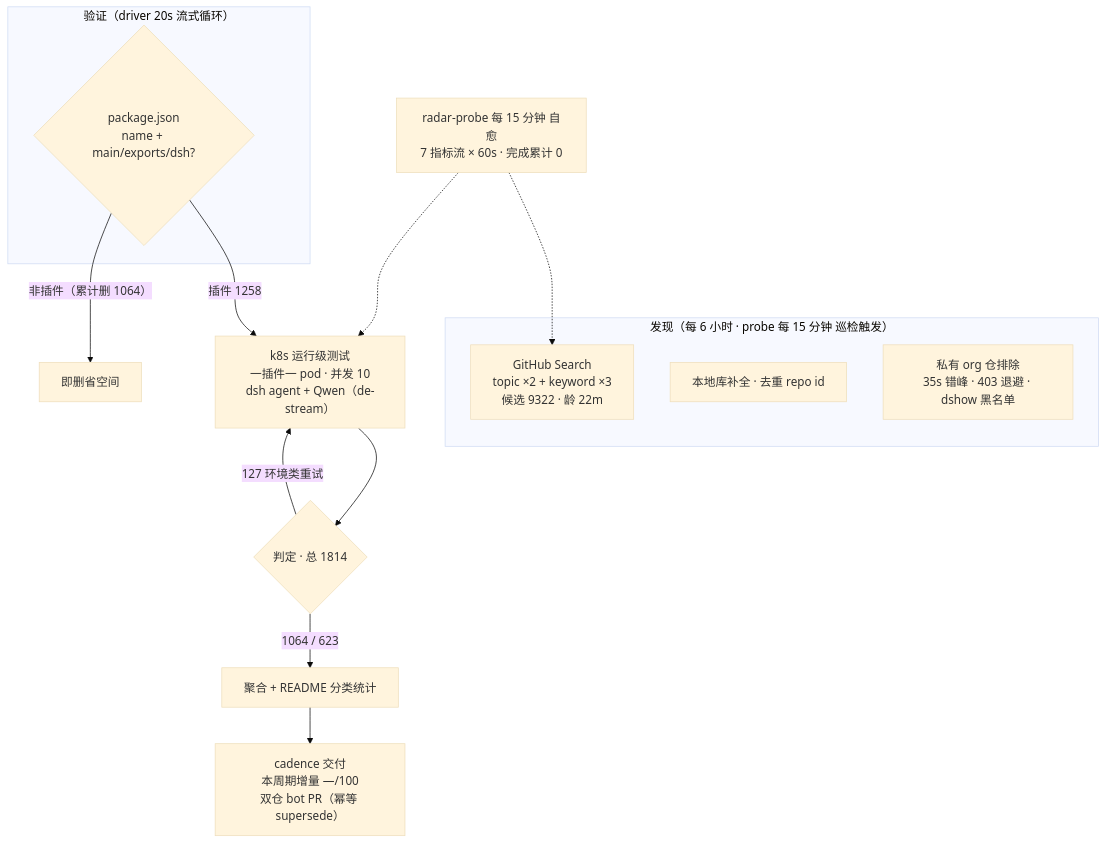
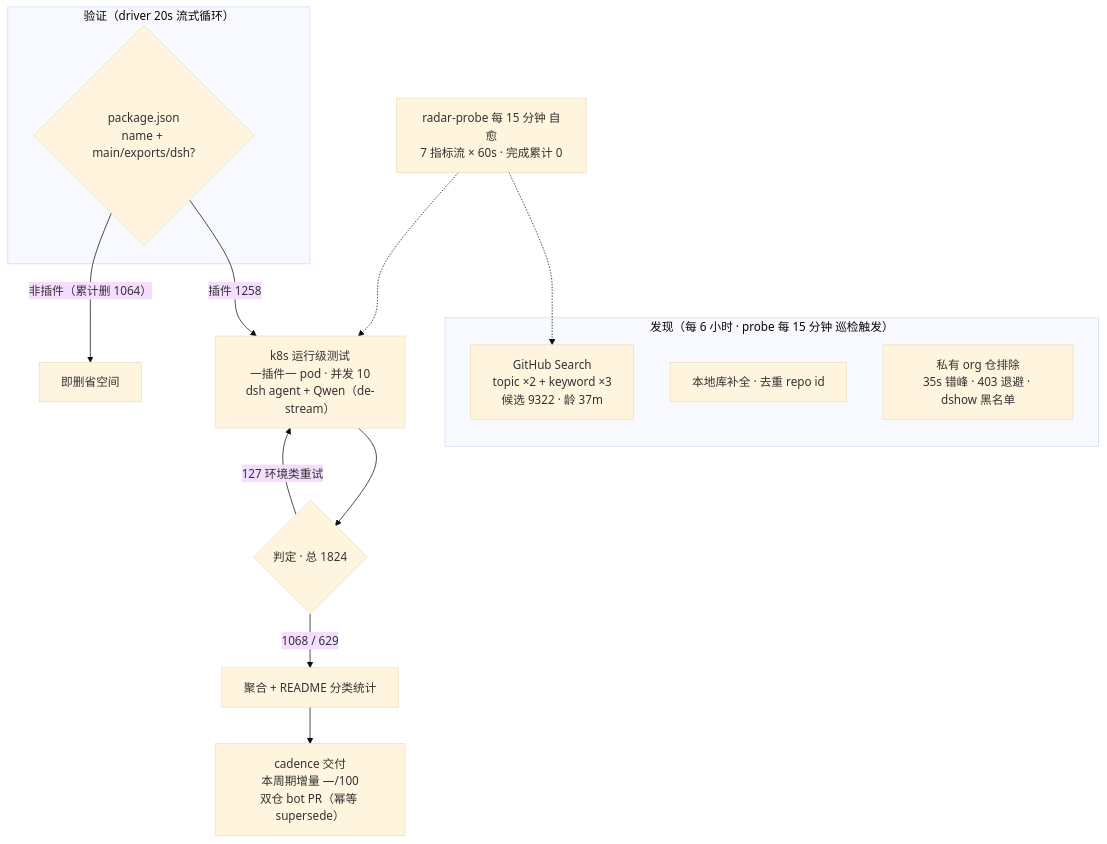
One commit to Zhidao-Lab-OSS/awesome-dsh-plugins changed the diagram in README.md. Above: the diagram before and after it, drawn with Mermaid (base theme). The commit also changed other lines of this file and 1 other file, not shown here.

````diff
--- a/README.md
+++ b/README.md
@@ -37,19 +37,19 @@
 ```mermaid
 flowchart TB
     subgraph Discovery[" 发现（每 6 小时 · probe 每 15 分钟 巡检触发）"]
-        A1["GitHub Search<br/>topic ×2 + keyword ×3<br/>候选 9322 · 龄 22m"]
+        A1["GitHub Search<br/>topic ×2 + keyword ×3<br/>候选 9322 · 龄 37m"]
         A2["本地库补全 · 去重 repo id"]
         A3[" 私有 org 仓排除<br/>35s 错峰 · 403 退避 · dshow 黑名单"]
     end
     subgraph Validation[" 验证（driver 20s 流式循环）"]
         B1{"package.json<br/>name + main/exports/dsh?"}
     end
     B1 -->|"插件 1258"| C1["k8s 运行级测试<br/>一插件一 pod · 并发 10<br/>dsh agent + Qwen（de-stream）"]
     B1 -->|"非插件（累计删 1064）"| B3[" 即删省空间"]
-    C1 --> D1{"判定 · 总 1814"}
-    D1 -->|" 1064 /  623"| E1["聚合 + README 分类统计"]
+    C1 --> D1{"判定 · 总 1824"}
+    D1 -->|" 1068 /  629"| E1["聚合 + README 分类统计"]
     D1 -->|" 127 环境类重试"| C1
     E1 --> E2["cadence 交付<br/>本周期增量 —/100<br/>双仓 bot PR（幂等 supersede）"]
     M[" radar-probe 每 15 分钟 自愈<br/>7 指标流 × 60s · 完成累计 0"] -.-> A1
     M -.-> C1
 ```
````
